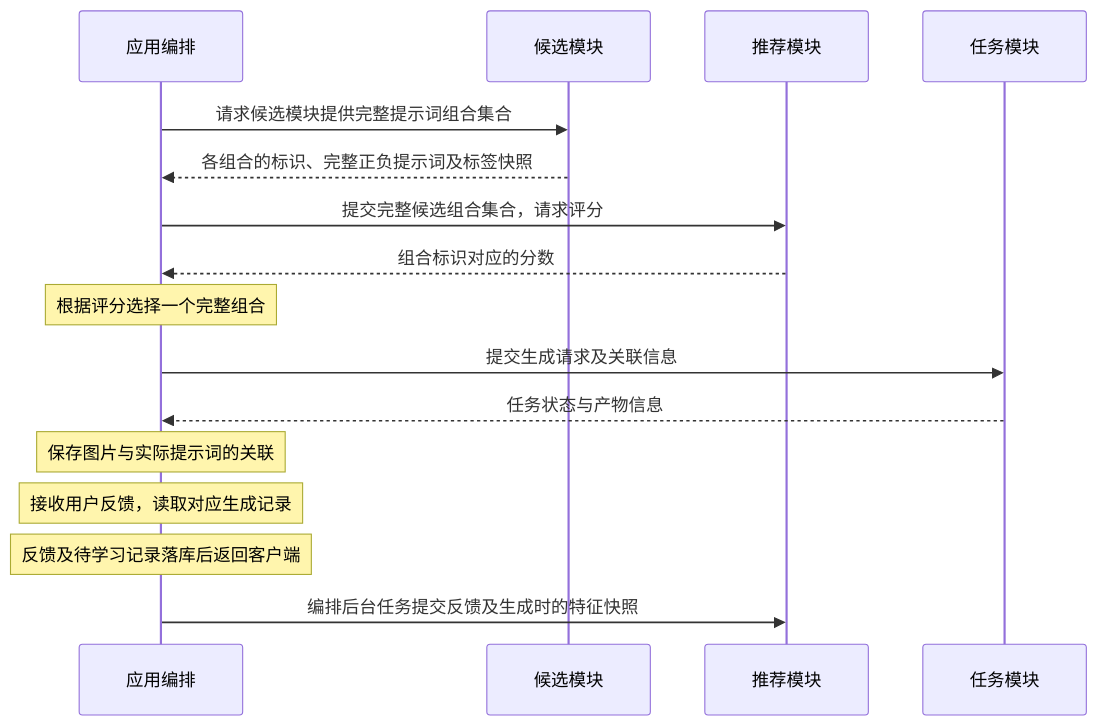
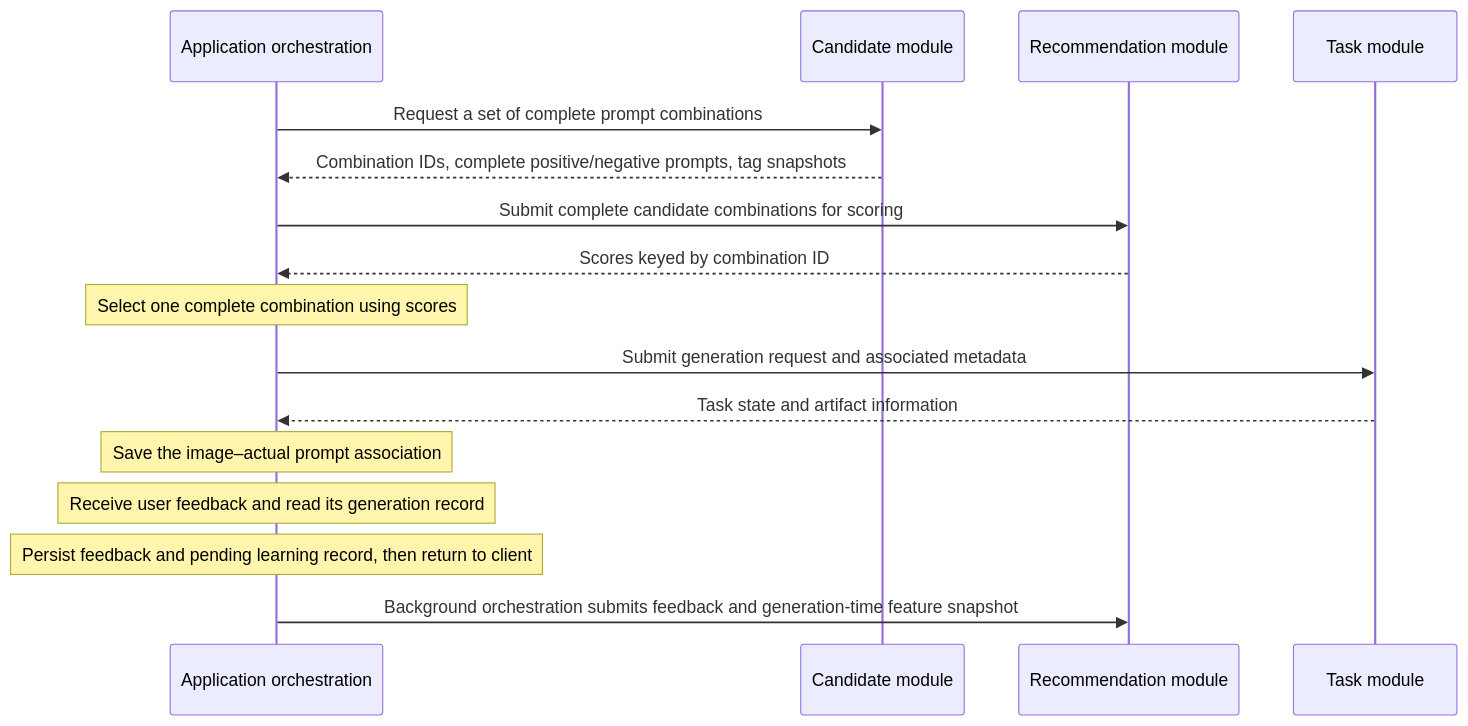
Before and after one commit to Lykr/pictide: the first of 3 diagrams in docs/dev/architecture/flows.md, drawn with Mermaid. The commit also changed other lines of this file and 13 other files, not shown here.

Commit message:
docs: translate current architecture documentation into English

````diff
--- a/docs/dev/architecture/flows.md
+++ b/docs/dev/architecture/flows.md
@@ -9,18 +11,18 @@
 ```mermaid
 sequenceDiagram
-    participant App as 应用编排
-    participant Rules as 候选模块
-    participant Rec as 推荐模块
-    participant Jobs as 任务模块
-    App->>Rules: 请求候选模块提供完整提示词组合集合
-    Rules-->>App: 各组合的标识、完整正负提示词及标签快照
-    App->>Rec: 提交完整候选组合集合，请求评分
-    Rec-->>App: 组合标识对应的分数
-    Note over App: 根据评分选择一个完整组合
-    App->>Jobs: 提交生成请求及关联信息
-    Jobs-->>App: 任务状态与产物信息
-    Note over App: 保存图片与实际提示词的关联
-    Note over App: 接收用户反馈，读取对应生成记录
-    Note over App: 反馈及待学习记录落库后返回客户端
-    App->>Rec: 编排后台任务提交反馈及生成时的特征快照
+    participant App as Application orchestration
+    participant Rules as Candidate module
+    participant Rec as Recommendation module
+    participant Jobs as Task module
+    App->>Rules: Request a set of complete prompt combinations
+    Rules-->>App: Combination IDs, complete positive/negative prompts, tag snapshots
+    App->>Rec: Submit complete candidate combinations for scoring
+    Rec-->>App: Scores keyed by combination ID
+    Note over App: Select one complete combination using scores
+    App->>Jobs: Submit generation request and associated metadata
+    Jobs-->>App: Task state and artifact information
+    Note over App: Save the image–actual prompt association
+    Note over App: Receive user feedback and read its generation record
+    Note over App: Persist feedback and pending learning record, then return to client
+    App->>Rec: Background orchestration submits feedback and generation-time feature snapshot
 ```
````
